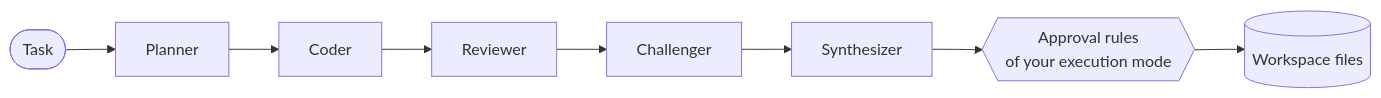
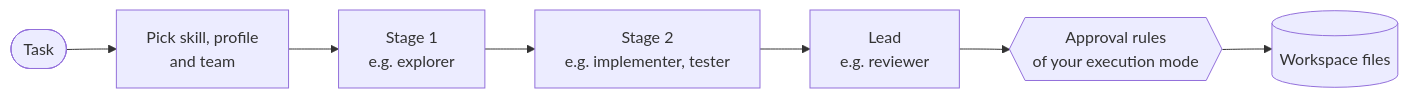
Before and after one commit to Surya-Hariharan/Velune-CLI: the first of 2 diagrams in docs/reference.md, drawn with Mermaid. The commit also changed other lines of this file and 5 other files, not shown here.

````diff
--- a/docs/reference.md
+++ b/docs/reference.md
@@ -235,10 +238,9 @@
 ```mermaid
 flowchart LR
-    T([Task]) --> P[Planner]
-    P --> C[Coder]
-    C --> R[Reviewer]
-    R --> X[Challenger]
-    X --> S[Synthesizer]
-    S --> A{{"Approval rules<br/>of your execution mode"}}
+    T([Task]) --> R[Pick skill, profile<br/>and team]
+    R --> S1[Stage 1<br/>e.g. explorer]
+    S1 --> S2[Stage 2<br/>e.g. implementer, tester]
+    S2 --> L[Lead<br/>e.g. reviewer]
+    L --> A{{"Approval rules<br/>of your execution mode"}}
     A --> F[(Workspace files)]
 ```
````
